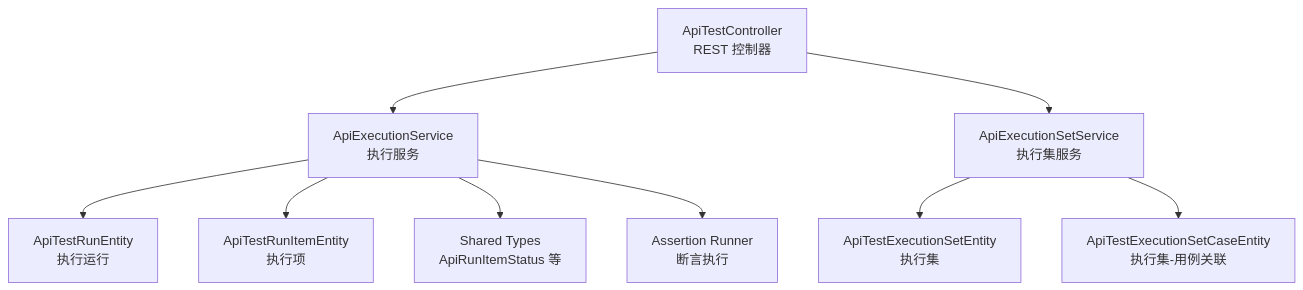
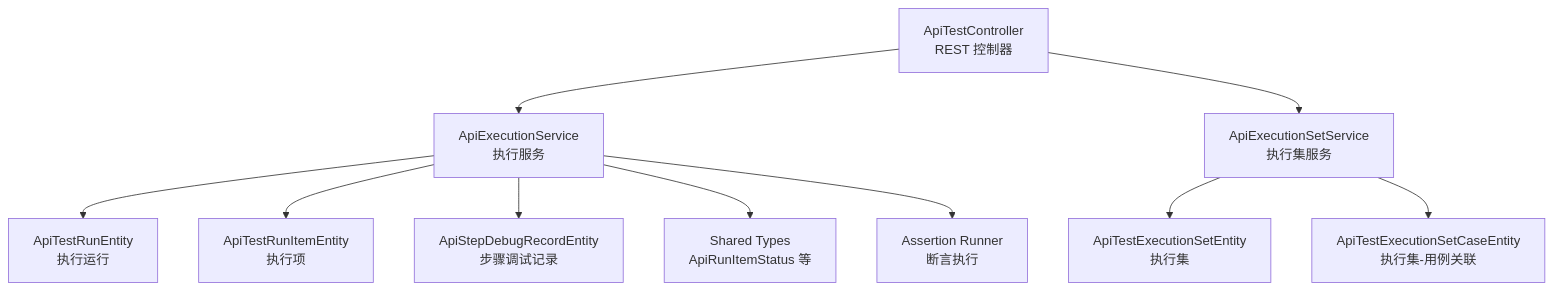
Before and after one commit to Lichhu/caseForge: the first of 6 diagrams in .qoder/repowiki/zh/content/API 参考文档/API 测试 API/测试执行与运行.md, drawn with Mermaid. The commit also changed other lines of this file and 8 other files, not shown here.

````diff
--- a/.qoder/repowiki/zh/content/API 参考文档/API 测试 API/测试执行与运行.md
+++ b/.qoder/repowiki/zh/content/API 参考文档/API 测试 API/测试执行与运行.md
@@ -50,11 +60,12 @@
 ```mermaid
 graph TB
 Ctl["ApiTestController<br/>REST 控制器"] --> Svc["ApiExecutionService<br/>执行服务"]
 Ctl --> ExecSetSvc["ApiExecutionSetService<br/>执行集服务"]
 Svc --> RunRepo["ApiTestRunEntity<br/>执行运行"]
 Svc --> ItemRepo["ApiTestRunItemEntity<br/>执行项"]
+Svc --> DebugRepo["ApiStepDebugRecordEntity<br/>步骤调试记录"]
 ExecSetSvc --> ExecSetRepo["ApiTestExecutionSetEntity<br/>执行集"]
 ExecSetSvc --> ExecSetCaseRepo["ApiTestExecutionSetCaseEntity<br/>执行集-用例关联"]
 Svc --> Shared["Shared Types<br/>ApiRunItemStatus 等"]
 Svc --> Assert["Assertion Runner<br/>断言执行"]
 ```
````
